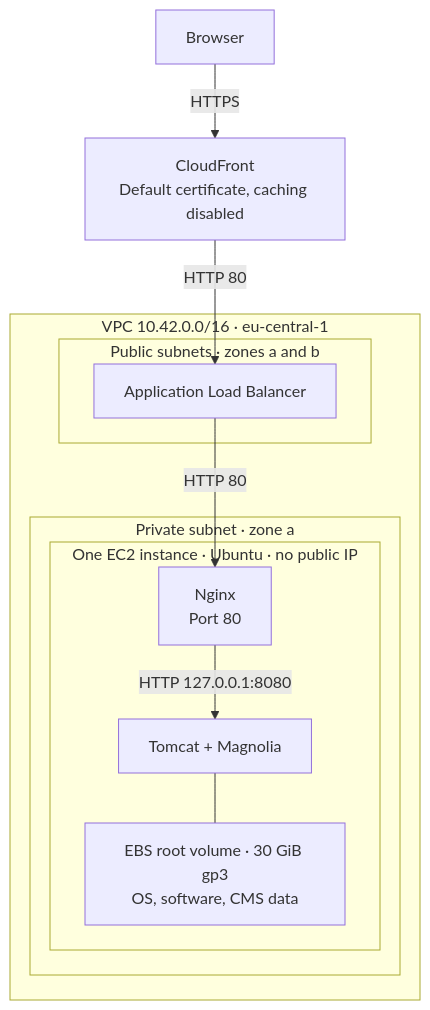
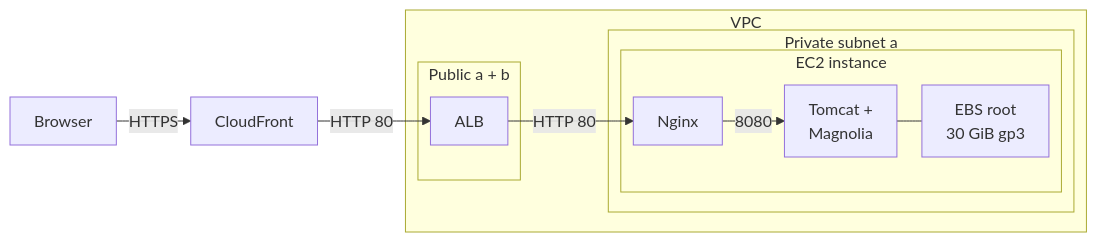
The first of 3 diagrams in docs/architecture.md (amanya/Crescendo-DevOps-exam), drawn with Mermaid before and after one commit. The commit also changed other lines of this file and 1 other file, not shown here.

Commit message:
Fix architecture diagram

````diff
--- a/docs/architecture.md
+++ b/docs/architecture.md
@@ -9,17 +9,23 @@
 ```mermaid
-flowchart TD
-    Browser[Browser] -->|HTTPS| CF["CloudFront<br/>Default certificate, caching disabled"]
-    CF -->|HTTP 80| ALB
-    subgraph VPC["VPC 10.42.0.0/16 · eu-central-1"]
-        subgraph Public["Public subnets · zones a and b"]
-            ALB[Application Load Balancer]
+---
+config:
+  flowchart:
+    rankSpacing: 25
+    padding: 12
+---
+flowchart LR
+    Browser[Browser] -->|HTTPS| CF[CloudFront]
+    subgraph VPC[VPC]
+        subgraph Public[Public a + b]
+            ALB[ALB]
         end
-        subgraph PrivateA["Private subnet · zone a"]
-            subgraph EC2["One EC2 instance · Ubuntu · no public IP"]
-                Nginx["Nginx<br/>Port 80"] -->|HTTP 127.0.0.1:8080| CMS["Tomcat + Magnolia"]
-                CMS --- Disk["EBS root volume · 30 GiB gp3<br/>OS, software, CMS data"]
+        subgraph PrivateA[Private subnet a]
+            subgraph EC2[EC2 instance]
+                Nginx[Nginx] -->|8080| CMS["Tomcat +<br/>Magnolia"]
+                CMS --- Disk["EBS root<br/>30 GiB gp3"]
             end
         end
         ALB -->|HTTP 80| Nginx
     end
+    CF -->|HTTP 80| ALB
 ```
````
